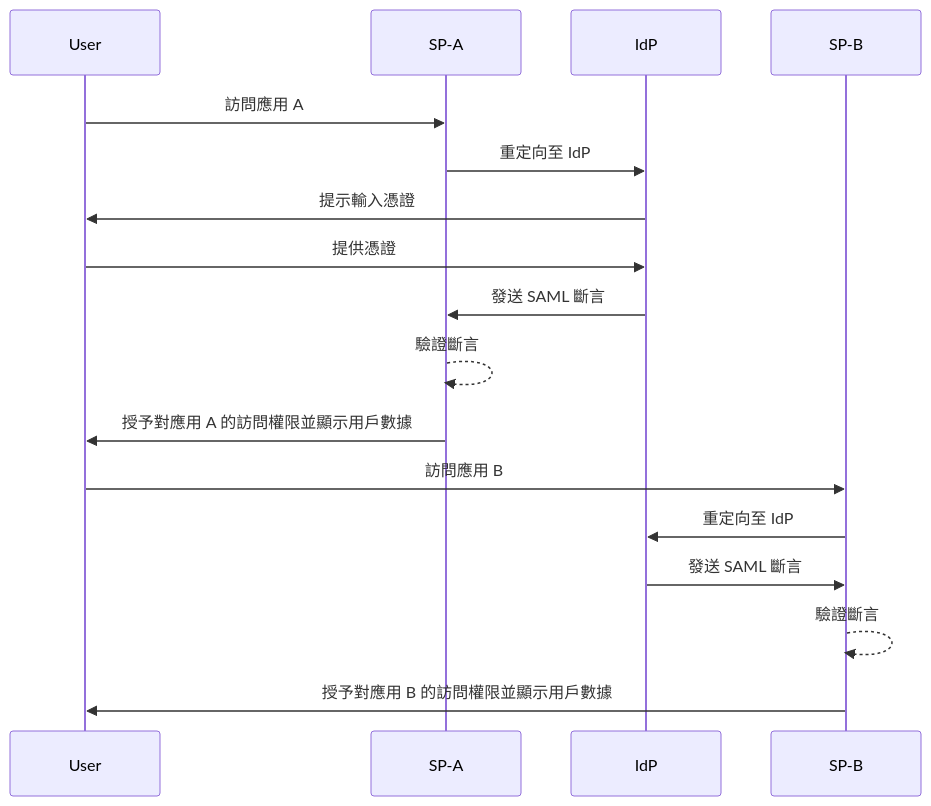
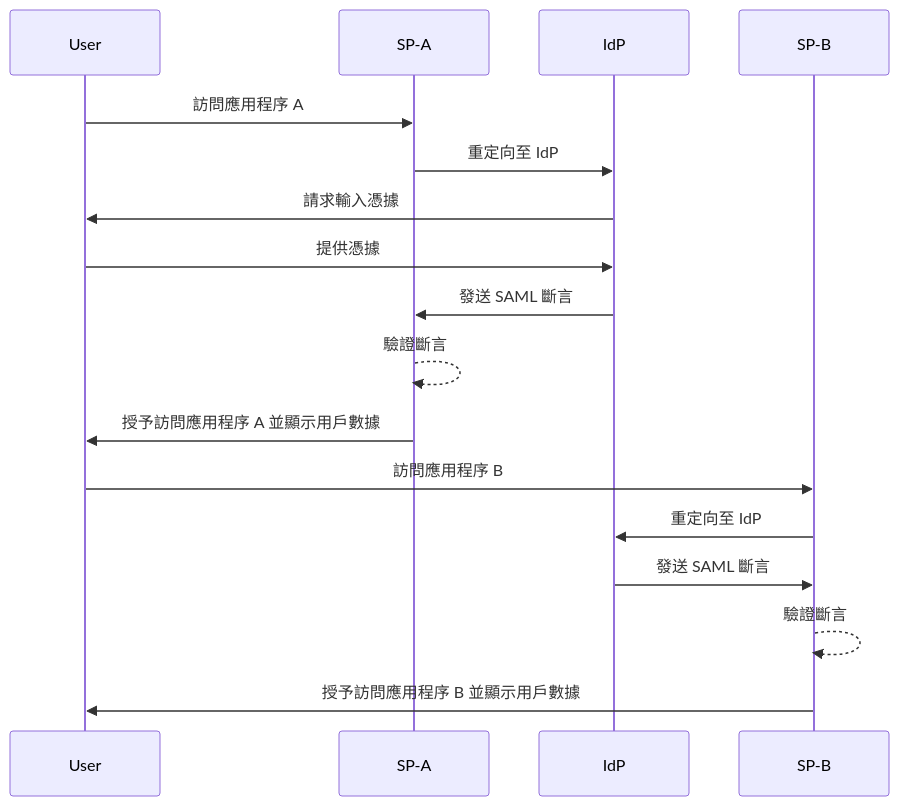
One commit to logto-io/auth-wiki changed the first of 2 diagrams in src/content/terms/zh-Hant/single-sign-on.mdx. Above: the diagram before and after it, drawn with Mermaid. The commit also changed other lines of this file and 48 other files, not shown here.

````diff
--- a/src/content/terms/zh-Hant/single-sign-on.mdx
+++ b/src/content/terms/zh-Hant/single-sign-on.mdx
@@ -29,20 +29,20 @@
 ```mermaid
 sequenceDiagram
     participant User
     participant SP-A
     participant IdP
     participant SP-B
 
-    User->>SP-A: 訪問應用 A
+    User->>SP-A: 訪問應用程序 A
     SP-A->>IdP: 重定向至 IdP
-    IdP->>User: 提示輸入憑證
-    User->>IdP: 提供憑證
+    IdP->>User: 請求輸入憑據
+    User->>IdP: 提供憑據
     IdP->>SP-A: 發送 SAML 斷言
     SP-A-->>SP-A: 驗證斷言
-    SP-A->>User: 授予對應用 A 的訪問權限並顯示用戶數據
-    User->>SP-B: 訪問應用 B
+    SP-A->>User: 授予訪問應用程序 A 並顯示用戶數據
+    User->>SP-B: 訪問應用程序 B
     SP-B->>IdP: 重定向至 IdP
     IdP->>SP-B: 發送 SAML 斷言
     SP-B-->>SP-B: 驗證斷言
-    SP-B->>User: 授予對應用 B 的訪問權限並顯示用戶數據
+    SP-B->>User: 授予訪問應用程序 B 並顯示用戶數據
 ```
````
